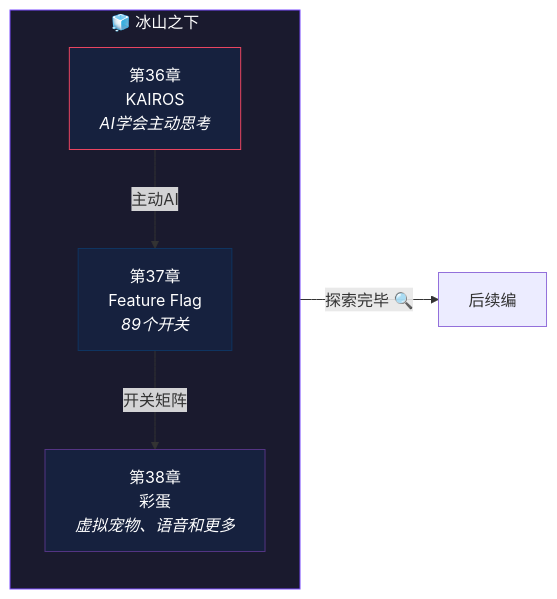
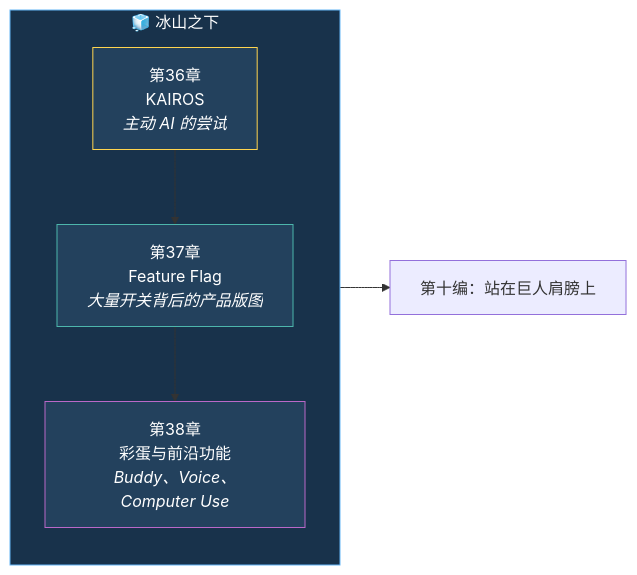
The diagram in docs/part9/index.md (wangedoo518/claude-code-book), drawn with Mermaid before and after one commit. The commit also changed other lines of this file and 25 other files, not shown here.

````diff
--- a/docs/part9/index.md
+++ b/docs/part9/index.md
@@ -19,18 +19,17 @@
 ```mermaid
 flowchart LR
     subgraph 第九编["🧊 冰山之下"]
         direction TB
-        C36["第36章<br/>KAIROS<br/><i>AI学会主动思考</i>"]
-        C37["第37章<br/>Feature Flag<br/><i>89个开关</i>"]
-        C38["第38章<br/>彩蛋<br/><i>虚拟宠物、语音和更多</i>"]
+        C36["第36章<br/>KAIROS<br/><i>主动 AI 的尝试</i>"]
+        C37["第37章<br/>Feature Flag<br/><i>大量开关背后的产品版图</i>"]
+        C38["第38章<br/>彩蛋与前沿功能<br/><i>Buddy、Voice、Computer Use</i>"]
     end
 
-    C36 -->|主动AI| C37
-    C37 -->|开关矩阵| C38
-    C38 -->|"探索完毕 🔍"| 后续编
+    C36 --> C37 --> C38
+    C38 --> NEXT["第十编：站在巨人肩膀上"]
 
-    style 第九编 fill:#1a1a2e,stroke:#7c4dff,color:#fff
-    style C36 fill:#16213e,stroke:#e94560,color:#fff
-    style C37 fill:#16213e,stroke:#0f3460,color:#fff
-    style C38 fill:#16213e,stroke:#533483,color:#fff
+    style 第九编 fill:#18324b,stroke:#64b5f6,color:#fff
+    style C36 fill:#23415d,stroke:#ffd54f,color:#fff
+    style C37 fill:#23415d,stroke:#4db6ac,color:#fff
+    style C38 fill:#23415d,stroke:#ba68c8,color:#fff
 ```
````
